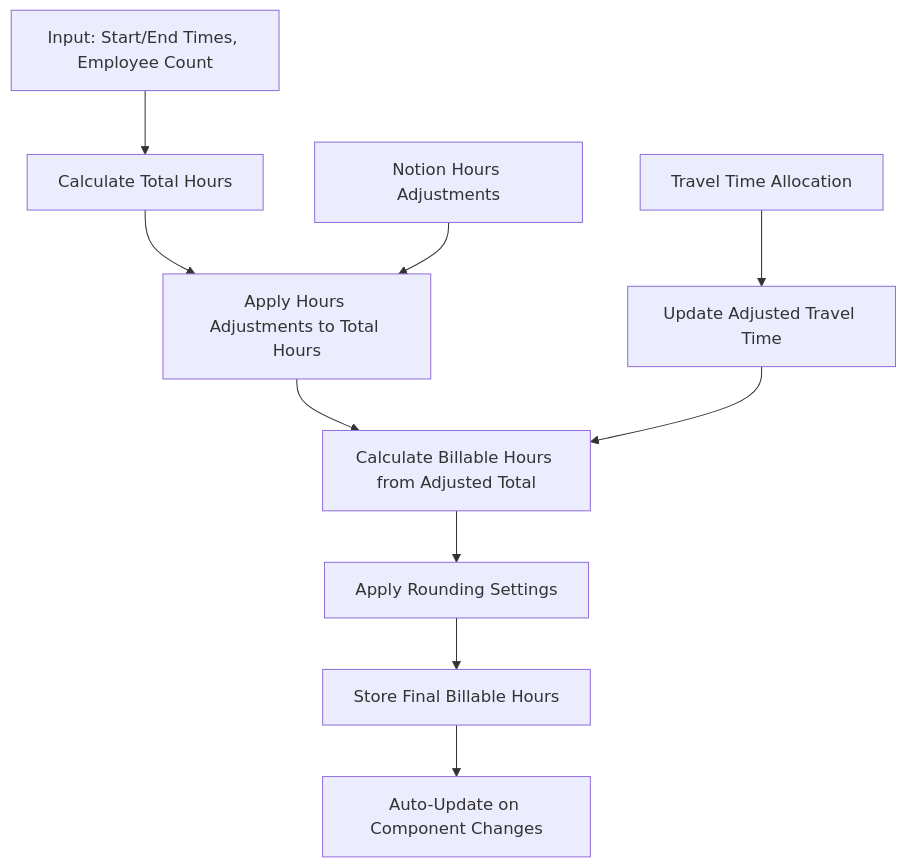
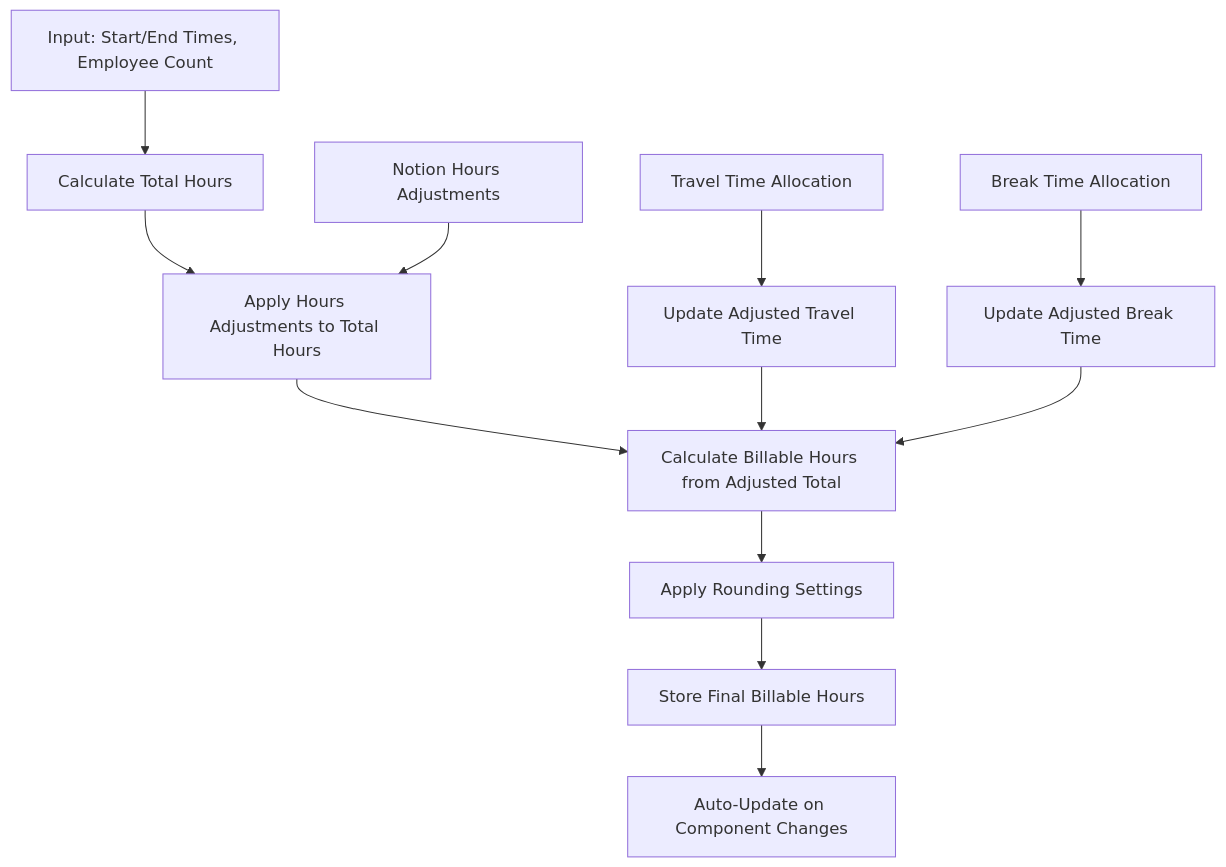
The diagram in docs/billable-hours-calculation.md (mynock/blossom-and-bough-assistant), drawn with Mermaid before and after one commit. The commit also changed other lines of this file and 1 other file, not shown here.

First line of the commit message:
Update documentation for corrected break time calculation logic

````diff
--- a/docs/billable-hours-calculation.md
+++ b/docs/billable-hours-calculation.md
@@ -166,14 +175,17 @@
 ```mermaid
 graph TD
     A[Input: Start/End Times, Employee Count] --> B[Calculate Total Hours]
     B --> C[Apply Hours Adjustments to Total Hours]
     C --> D[Calculate Billable Hours from Adjusted Total]
     D --> E[Apply Rounding Settings]
     E --> F[Store Final Billable Hours]
     F --> G[Auto-Update on Component Changes]
     
     H[Travel Time Allocation] --> I[Update Adjusted Travel Time]
     I --> D
     
+    K[Break Time Allocation] --> L[Update Adjusted Break Time]
+    L --> D
+    
     J[Notion Hours Adjustments] --> C
 ```
````
